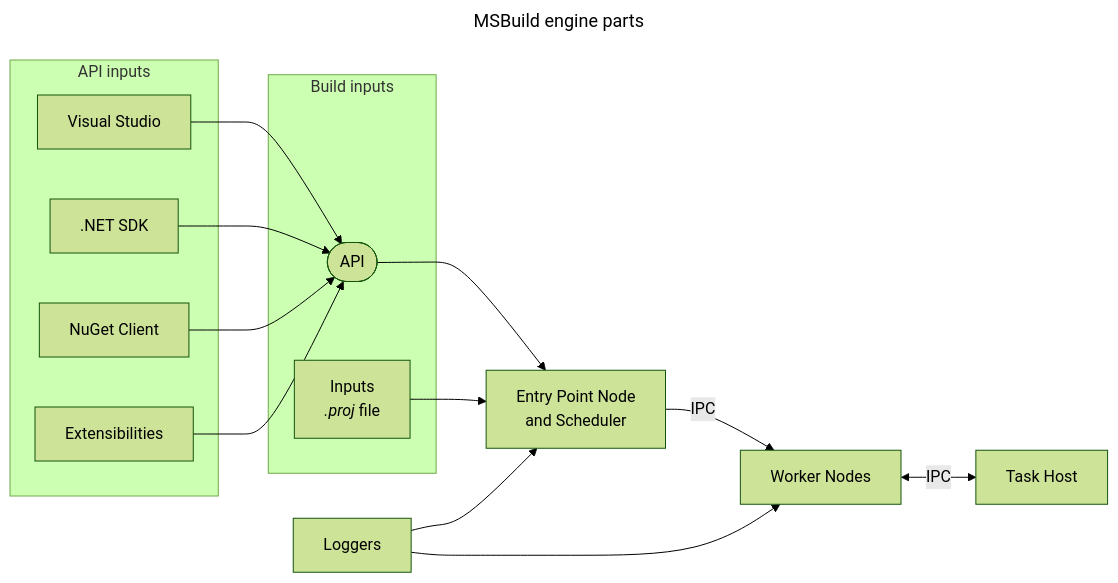
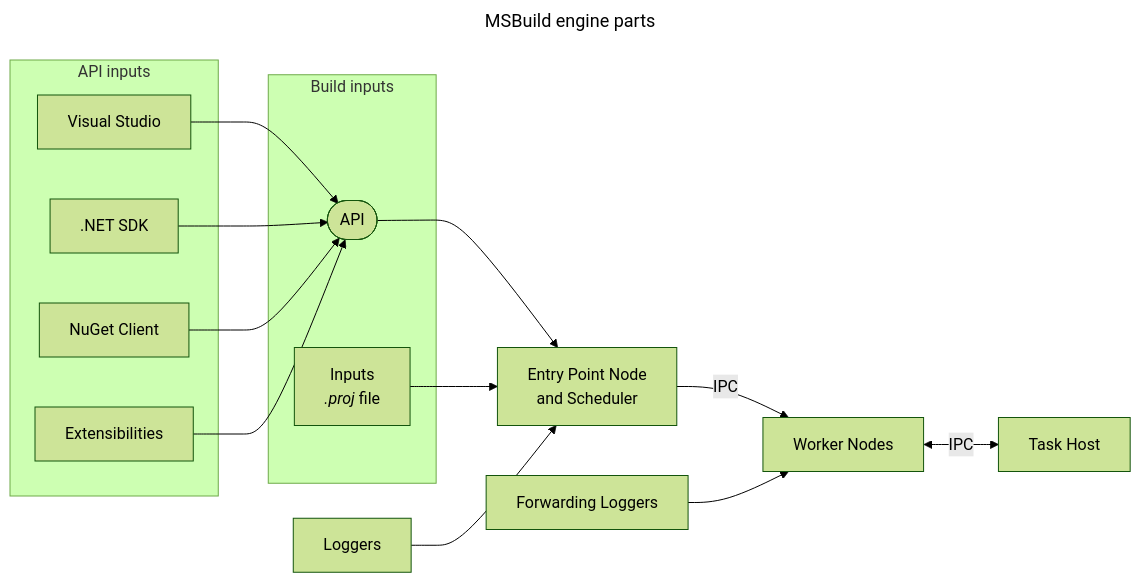
The first of 4 diagrams in documentation/High-level-overview.md (dotnet/msbuild), drawn with Mermaid (forest theme) before and after one commit. The commit also changed other lines of this file, not shown here.

````diff
--- a/documentation/High-level-overview.md
+++ b/documentation/High-level-overview.md
@@ -46,25 +46,26 @@
 ```mermaid
 ---
 title: MSBuild engine parts
 ---
 flowchart LR
     subgraph Build inputs
     I["`Inputs
     _.proj_ file`"]
     API([API])
     end
     
     subgraph API inputs
     VS[Visual Studio] --> API
     SDK[.NET SDK] --> API
     NC[NuGet Client] --> API
     E[Extensibilities] --> API
     end
 
     API & I --> EN[Entry Point Node 
     and Scheduler]
     
     EN --IPC--> WN[Worker Nodes]
     WN <--IPC--> TH[Task Host]
-    L[Loggers] --> WN & EN
+    L[Loggers] --> EN
+    FW[Forwarding Loggers] --> WN
 ```
````
